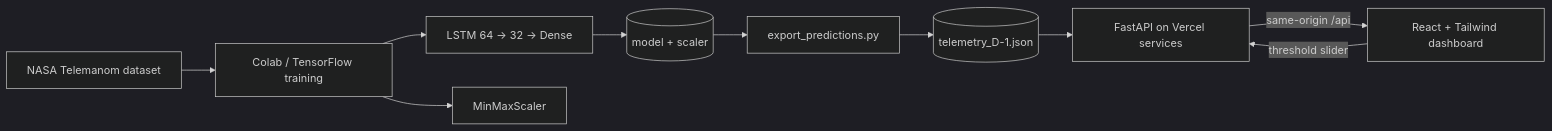
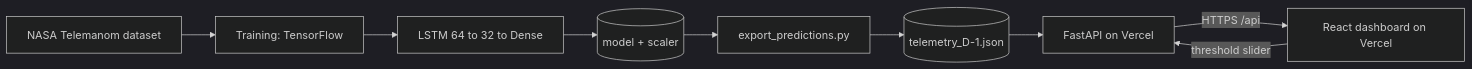
The diagram in README.md (ArditCeno/Spacecraft-Anomaly-Detection-AI), drawn with Mermaid (dark theme) before and after one commit. The commit also changed other lines of this file, not shown here.

````diff
--- a/README.md
+++ b/README.md
@@ -62,12 +63,11 @@
 ```mermaid
 flowchart LR
-    A[NASA Telemanom dataset] --> B[Colab / TensorFlow training]
-    B --> C[LSTM 64 → 32 → Dense]
-    B --> D[MinMaxScaler]
-    C --> E[(model + scaler)]
-    E --> F[export_predictions.py]
-    F --> J[(telemetry_D-1.json)]
-    J --> G[FastAPI on Vercel services]
-    G -->|same-origin /api| H[React + Tailwind dashboard]
+    A[NASA Telemanom dataset] --> B[Training: TensorFlow]
+    B --> C[LSTM 64 to 32 to Dense]
+    C --> D[(model + scaler)]
+    D --> E[export_predictions.py]
+    E --> F[(telemetry_D-1.json)]
+    F --> G[FastAPI on Vercel]
+    G -->|HTTPS /api| H[React dashboard on Vercel]
     H -->|threshold slider| G
 ```
````
